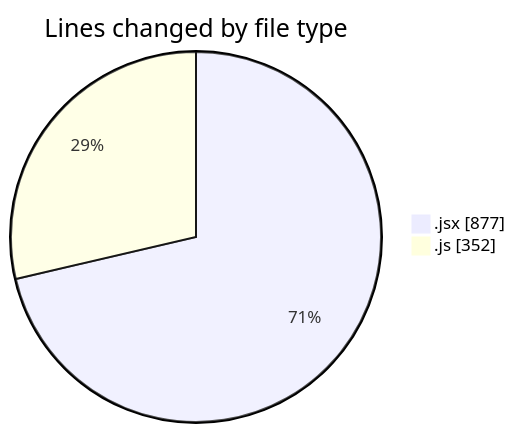
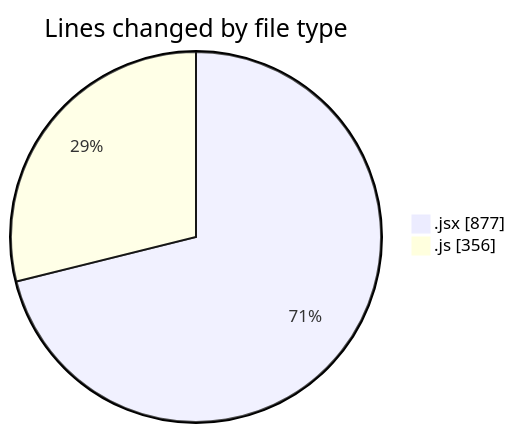
The first of 2 diagrams in 2025-06-03/nxtqube_webapp/README.md (nxtqubesakshisongat/code-tracking), drawn with Mermaid before and after one commit. The commit also changed other lines of this file and 1 other file, not shown here.

````diff
--- a/2025-06-03/nxtqube_webapp/README.md
+++ b/2025-06-03/nxtqube_webapp/README.md
@@ -21,6 +21,6 @@
 ```mermaid
 pie showData
 title Lines changed by file type
 ".jsx" : 877
-".js" : 352
+".js" : 356
 ```
````
